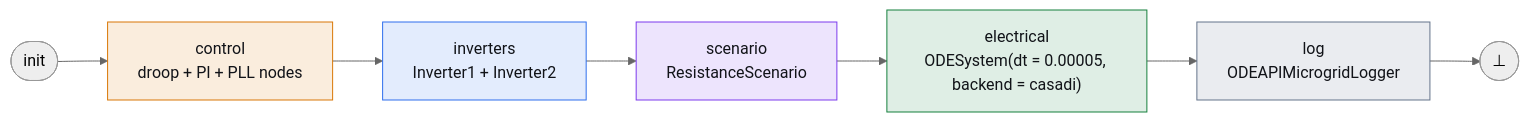
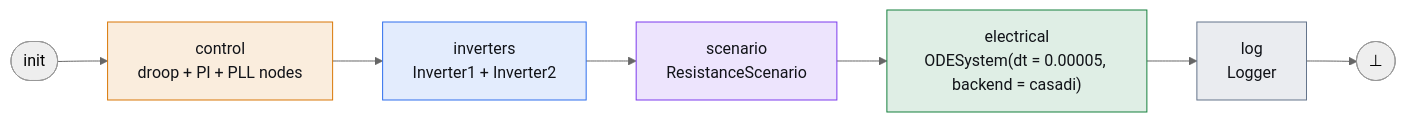
The first of 2 diagrams in docs/examples/two_inverter_static_droop.md (aidagroup/regelum), drawn with Mermaid (neutral theme) before and after one commit. The commit also changed other lines of this file and 150 other files, not shown here.

````diff
--- a/docs/examples/two_inverter_static_droop.md
+++ b/docs/examples/two_inverter_static_droop.md
@@ -279,20 +285,20 @@
 ```mermaid
 flowchart LR
     init([init]) --> control["control<br/>droop + PI + PLL nodes"]
     control --> inverters["inverters<br/>Inverter1 + Inverter2"]
     inverters --> scenario["scenario<br/>ResistanceScenario"]
     scenario --> electrical["electrical<br/>ODESystem(dt = 0.00005, backend = casadi)"]
-    electrical --> log["log<br/>ODEAPIMicrogridLogger"]
+    electrical --> log["log<br/>Logger"]
     log --> done([⊥])
 
     classDef control fill:#d9770622,stroke:#d97706,color:#111318
     classDef inverters fill:#2f6fed22,stroke:#2f6fed,color:#111318
     classDef scenario fill:#7c3aed22,stroke:#7c3aed,color:#111318
     classDef electrical fill:#15803d22,stroke:#15803d,color:#111318
     classDef log fill:#64748b22,stroke:#64748b,color:#111318
     class control control
     class inverters inverters
     class scenario scenario
     class electrical electrical
     class log log
 ```
````
